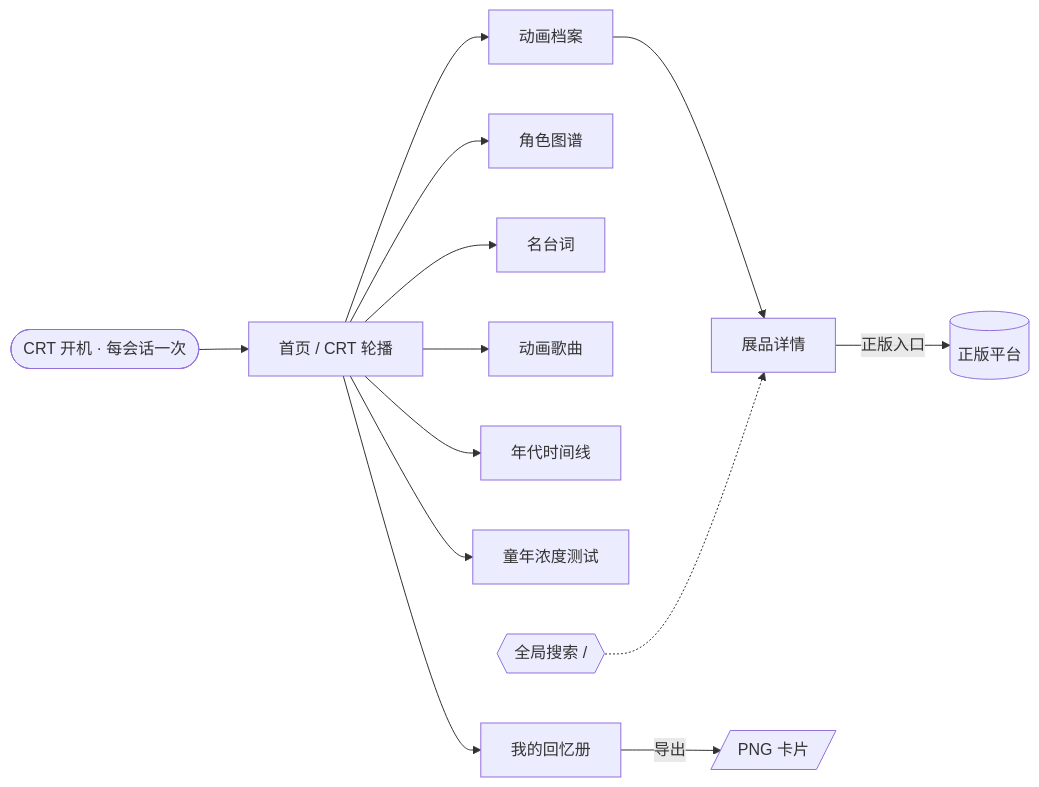
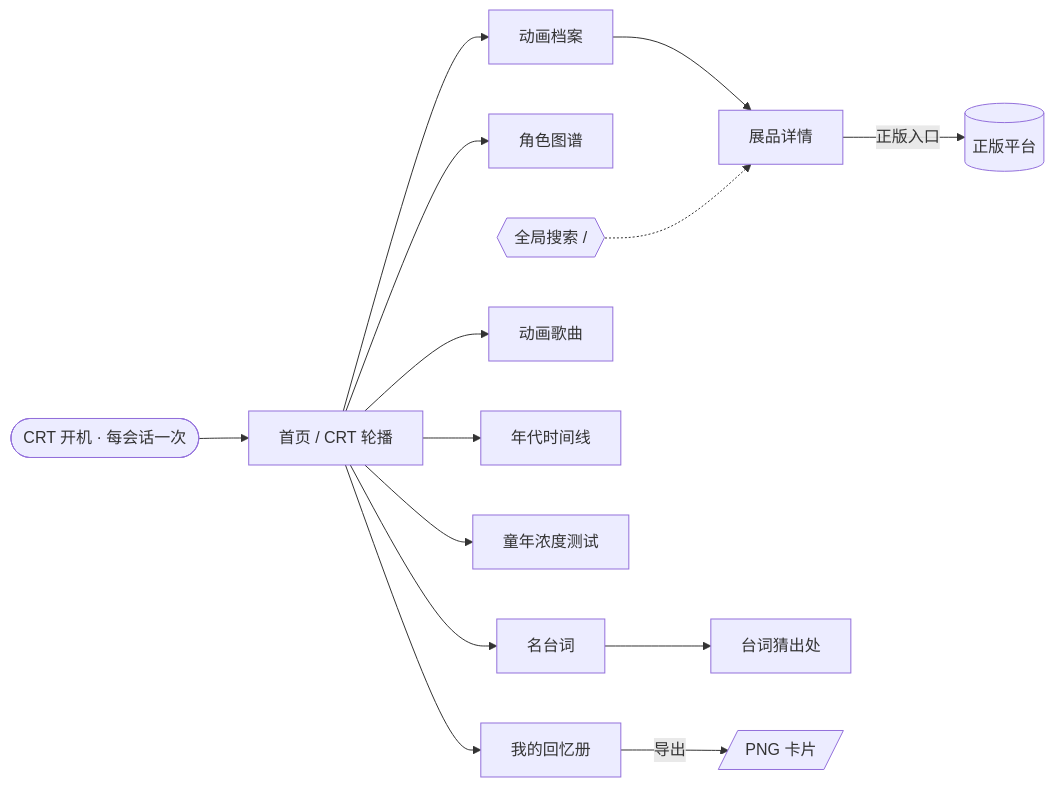
One commit to Dream22180971/animation-memory-museum changed the diagram in README.md. Above: the diagram before and after it, drawn with Mermaid. The commit also changed other lines of this file and 21 other files, not shown here.

````diff
--- a/README.md
+++ b/README.md
@@ -88,15 +96,16 @@
 ```mermaid
 flowchart LR
     Boot([CRT 开机 · 每会话一次]) --> Home[首页 / CRT 轮播]
     Home --> Archive[动画档案]
     Archive --> Exhibit[展品详情]
     Exhibit -->|正版入口| Platform[(正版平台)]
     Home --> Characters[角色图谱]
     Home --> Quotes[名台词]
     Home --> Songs[动画歌曲]
     Home --> Timeline[年代时间线]
     Home --> Quiz[童年浓度测试]
+    Quotes --> Guess[台词猜出处]
     Home --> Memory[我的回忆册]
     Memory -->|导出| Card[/PNG 卡片/]
     Search{{全局搜索  /}} -.-> Exhibit
 ```
````
